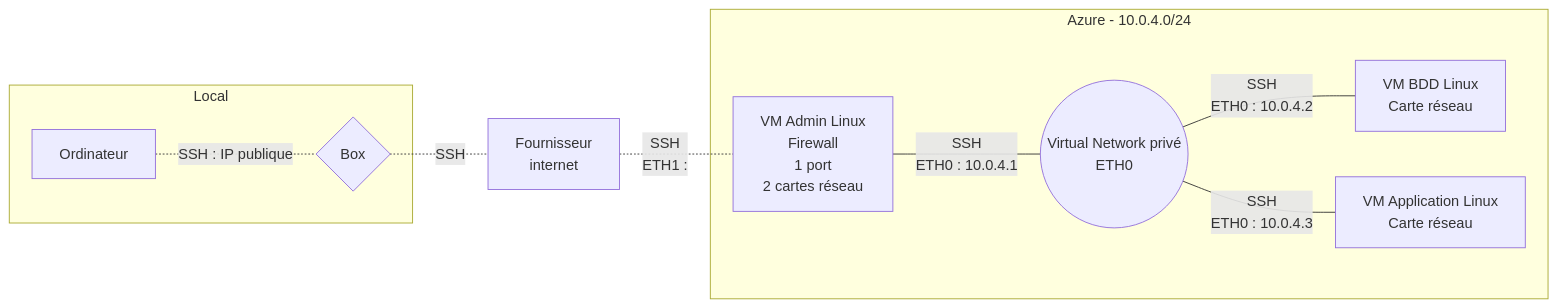
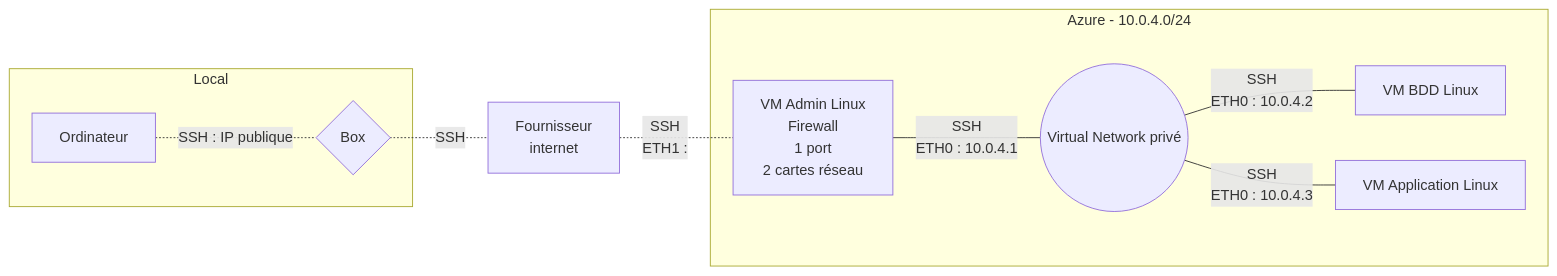
The diagram in Brouillon.md (simplon-ThomasJulian/Brief2_Groupe4), drawn with Mermaid before and after one commit.

````diff
--- a/Brouillon.md
+++ b/Brouillon.md
@@ -1,13 +1,13 @@
 ```mermaid
 flowchart LR
     subgraph Local
     Ordinateur[Ordinateur] -.-|SSH : IP publique| Box{Box}
     end
     Box -.-|SSH| Internet[Fournisseur <br /> internet]
     Internet -.-|SSH <br /> ETH1 : | VMAdmin[VM Admin Linux <br /> Firewall <br /> 1 port <br /> 2 cartes réseau]
     subgraph Azure - 10.0.4.0/24
-    VMAdmin ---|SSH  <br /> ETH0 : 10.0.4.1| VN((Virtual Network privé <br /> ETH0))
-    VN ---|SSH  <br /> ETH0 : 10.0.4.2| BDD[VM BDD Linux <br /> Carte réseau]
-    VN ---|SSH  <br />  ETH0 : 10.0.4.3| Appli[VM Application Linux <br /> Carte réseau]
+    VMAdmin ---|SSH  <br /> ETH0 : 10.0.4.1| VN((Virtual Network privé))
+    VN ---|SSH  <br /> ETH0 : 10.0.4.2| BDD[VM BDD Linux]
+    VN ---|SSH  <br />  ETH0 : 10.0.4.3| Appli[VM Application Linux]
     end
 ```
````
